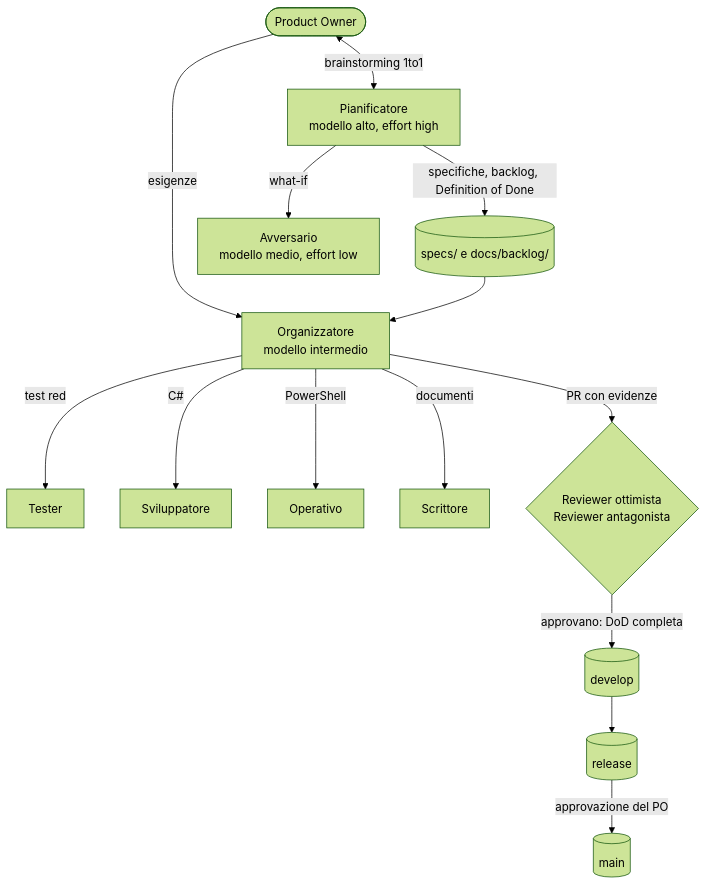
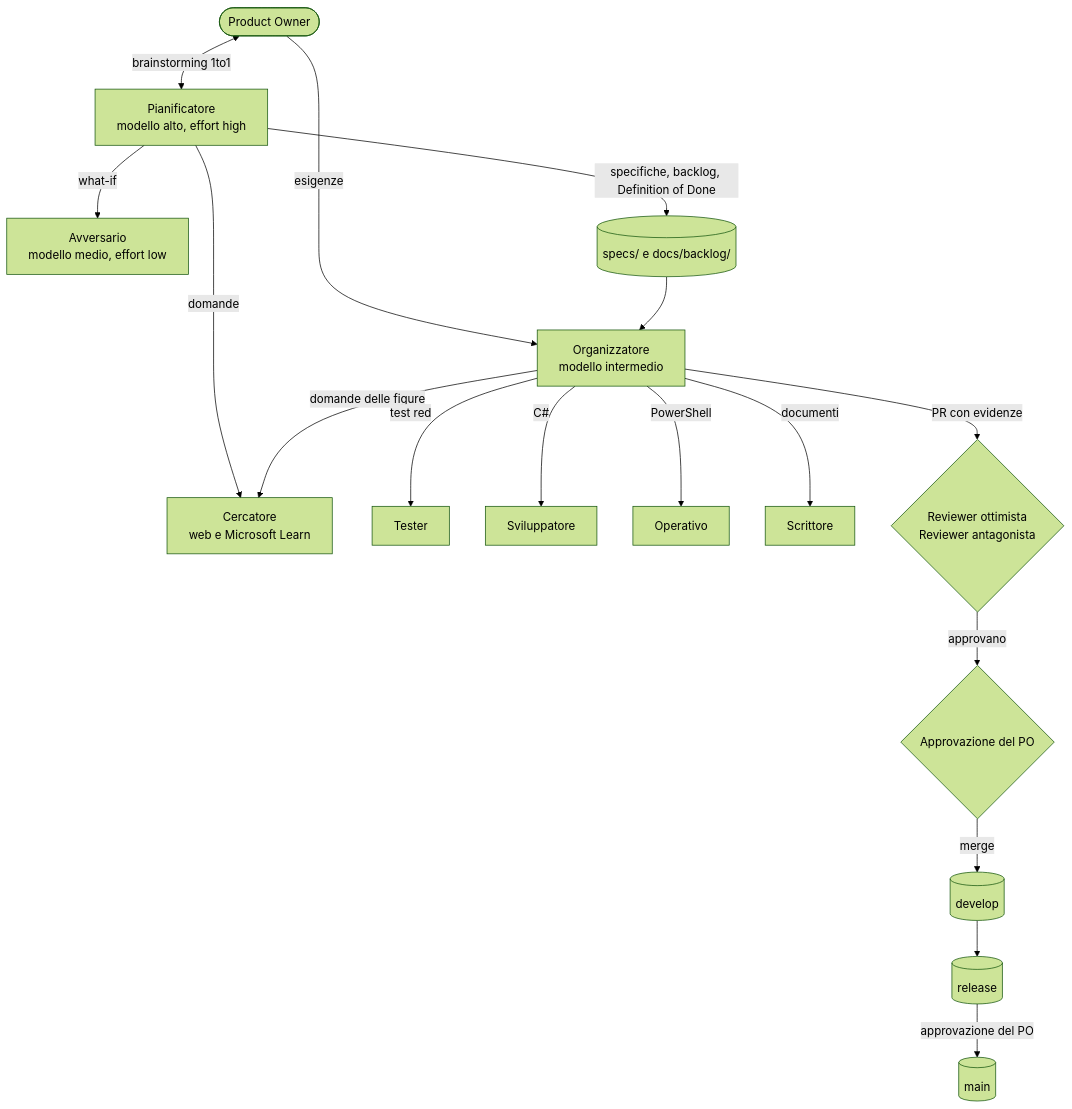
Before and after one commit to giulianolatini/WPC2026: the diagram in docs/05-Team-Agenti.md, drawn with Mermaid (forest theme). The commit also changed other lines of this file and 4 other files, not shown here.

````diff
--- a/docs/05-Team-Agenti.md
+++ b/docs/05-Team-Agenti.md
@@ -57,16 +60,19 @@
 ```mermaid
 flowchart TD
     PO([Product Owner]) -->|esigenze| ORG[Organizzatore<br/>modello intermedio]
     PO <-->|brainstorming 1to1| PIA[Pianificatore<br/>modello alto, effort high]
     PIA -->|what-if| AVV[Avversario<br/>modello medio, effort low]
+    PIA -->|domande| CER[Cercatore<br/>web e Microsoft Learn]
+    ORG -->|domande delle figure| CER
     PIA -->|specifiche, backlog, Definition of Done| BL[(specs/ e docs/backlog/)]
     BL --> ORG
     ORG -->|test red| TES[Tester]
     ORG -->|C#| SVI[Sviluppatore]
     ORG -->|PowerShell| OPE[Operativo]
     ORG -->|documenti| SCR[Scrittore]
     ORG -->|PR con evidenze| REV{Reviewer ottimista<br/>Reviewer antagonista}
-    REV -->|approvano: DoD completa| DEV[(develop)]
+    REV -->|approvano| APP{Approvazione del PO}
+    APP -->|merge| DEV[(develop)]
     DEV --> REL[(release)]
     REL -->|approvazione del PO| MAIN[(main)]
 ```
````
